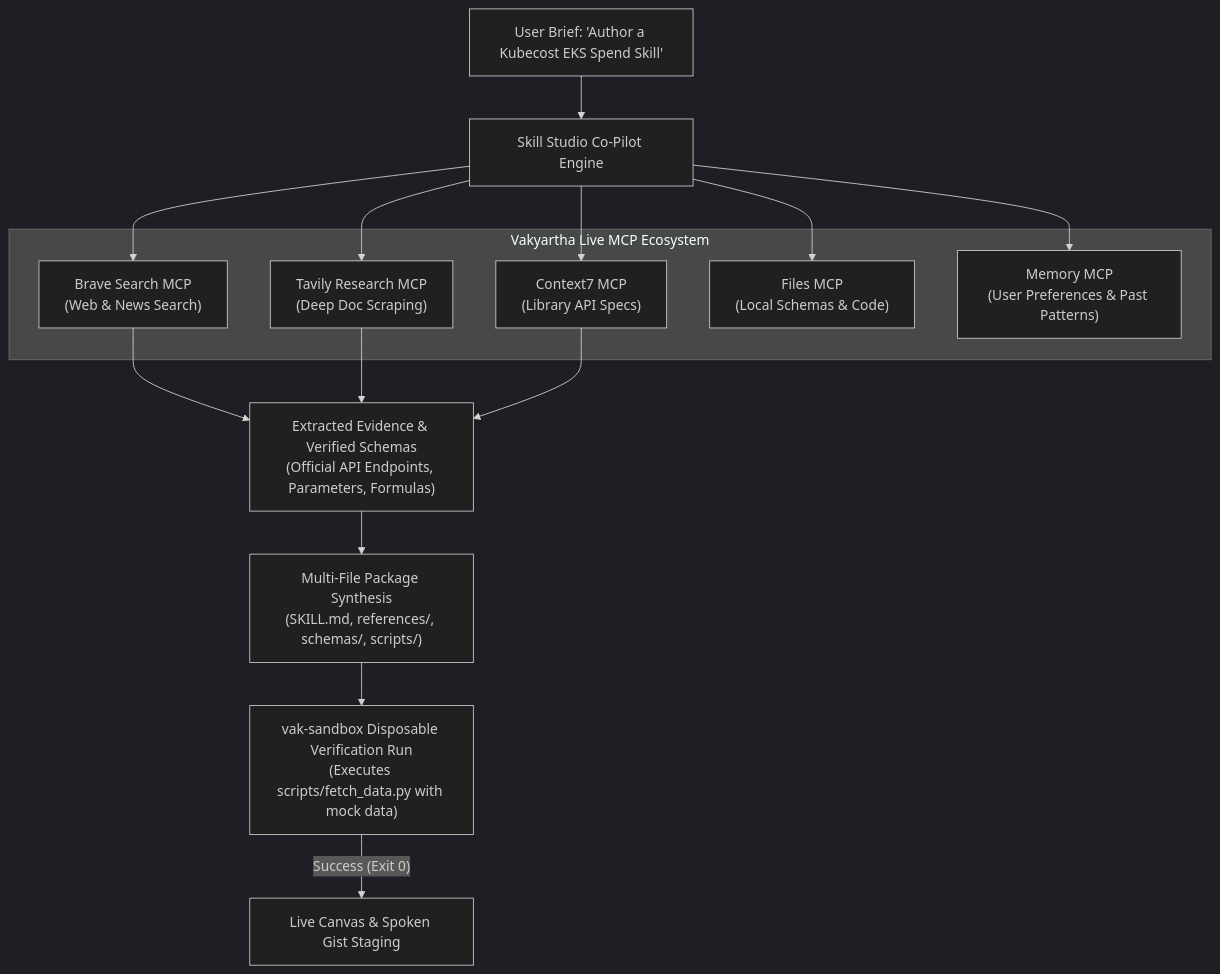
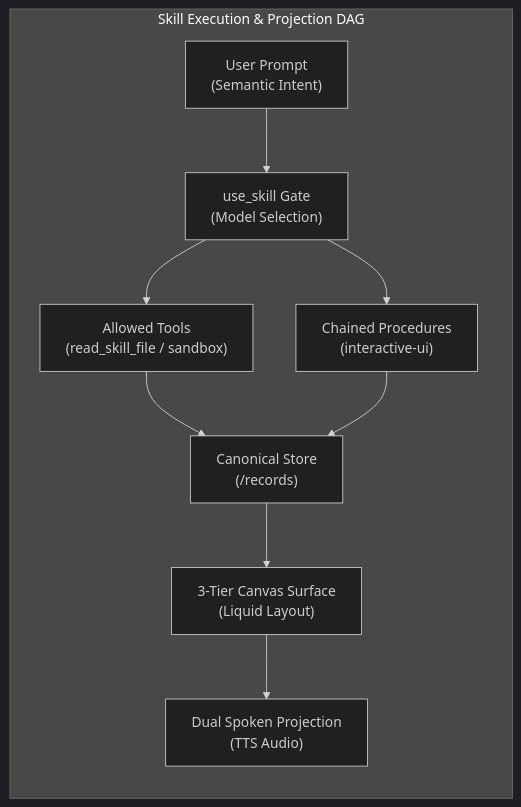
One commit to nranjan2code/vakyartha changed the first of 2 diagrams in docs/skill-studio/SKILL-STUDIO-ARCHITECTURE.md. Above: the diagram before and after it, drawn with Mermaid (dark theme). The commit also changed other lines of this file and 8 other files, not shown here.

Commit message:
feat(studio): rebuild Creator Studio with Studio Hub, interactive Flow DAG, Sandboxed App support, and continuous background auto-save

````diff
--- a/docs/skill-studio/SKILL-STUDIO-ARCHITECTURE.md
+++ b/docs/skill-studio/SKILL-STUDIO-ARCHITECTURE.md
@@ -84,26 +56,12 @@
 ```mermaid
-flowchart TD
-  UserBrief["User Brief: 'Author a Kubecost EKS Spend Skill'"] --> CoPilot["Skill Studio Co-Pilot Engine"]
-  
-  subgraph MCPEcosystem["Vakyartha Live MCP Ecosystem"]
-    Brave["Brave Search MCP\n(Web & News Search)"]
-    Tavily["Tavily Research MCP\n(Deep Doc Scraping)"]
-    Context7["Context7 MCP\n(Library API Specs)"]
-    Files["Files MCP\n(Local Schemas & Code)"]
-    Memory["Memory MCP\n(User Preferences & Past Patterns)"]
+flowchart LR
+  subgraph SkillFlow["Skill Execution & Projection DAG"]
+    Prompt["User Prompt\n(Semantic Intent)"] --> Gate["use_skill Gate\n(Model Selection)"]
+    Gate --> Tools["Allowed Tools\n(read_skill_file / sandbox)"]
+    Gate --> Chain["Chained Procedures\n(interactive-ui)"]
+    Tools --> Store["Canonical Store\n(/records)"]
+    Chain --> Store
+    Store --> Surface["3-Tier Canvas Surface\n(Liquid Layout)"]
+    Surface --> Voice["Dual Spoken Projection\n(TTS Audio)"]
   end
-
-  CoPilot --> Brave
-  CoPilot --> Tavily
-  CoPilot --> Context7
-  CoPilot --> Files
-  CoPilot --> Memory
-
-  Brave --> Evidence["Extracted Evidence & Verified Schemas\n(Official API Endpoints, Parameters, Formulas)"]
-  Tavily --> Evidence
-  Context7 --> Evidence
-
-  Evidence --> PackageSynth["Multi-File Package Synthesis\n(SKILL.md, references/, schemas/, scripts/)"]
-  PackageSynth --> SandboxRun["vak-sandbox Disposable Verification Run\n(Executes scripts/fetch_data.py with mock data)"]
-  SandboxRun -- Success (Exit 0) --> LiveStaging["Live Canvas & Spoken Gist Staging"]
 ```
````
